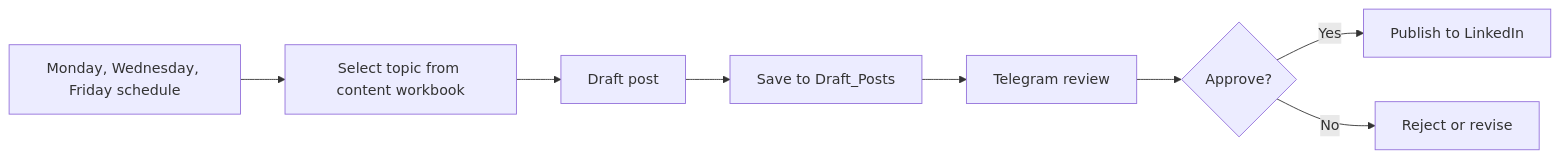
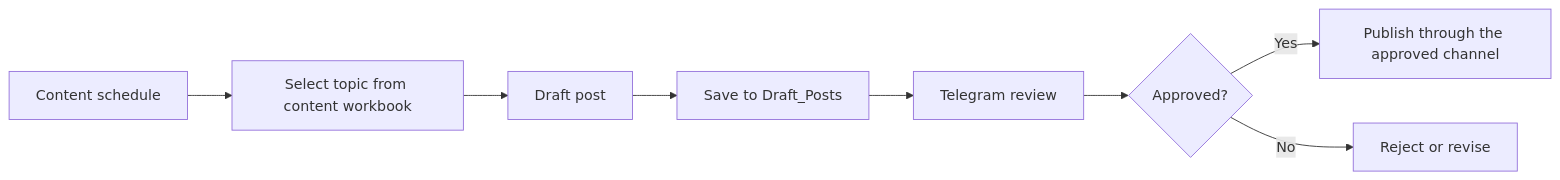
Before and after one commit to 239frank/ops-garage-wiki: the diagram in docs/opsgarage/workflows/margo-content-loop.md, drawn with Mermaid. The commit also changed other lines of this file and 11 other files, not shown here.

````diff
--- a/docs/opsgarage/workflows/margo-content-loop.md
+++ b/docs/opsgarage/workflows/margo-content-loop.md
@@ -5,10 +5,10 @@
 ``` mermaid
 flowchart LR
-  A["Monday, Wednesday, Friday schedule"] --> B["Select topic from content workbook"]
+  A["Content schedule"] --> B["Select topic from content workbook"]
   B --> C["Draft post"]
   C --> D["Save to Draft_Posts"]
   D --> E["Telegram review"]
-  E --> F{"Approve?"}
-  F -->|Yes| G["Publish to LinkedIn"]
+  E --> F{"Approved?"}
+  F -->|Yes| G["Publish through the approved channel"]
   F -->|No| H["Reject or revise"]
 ```
````
